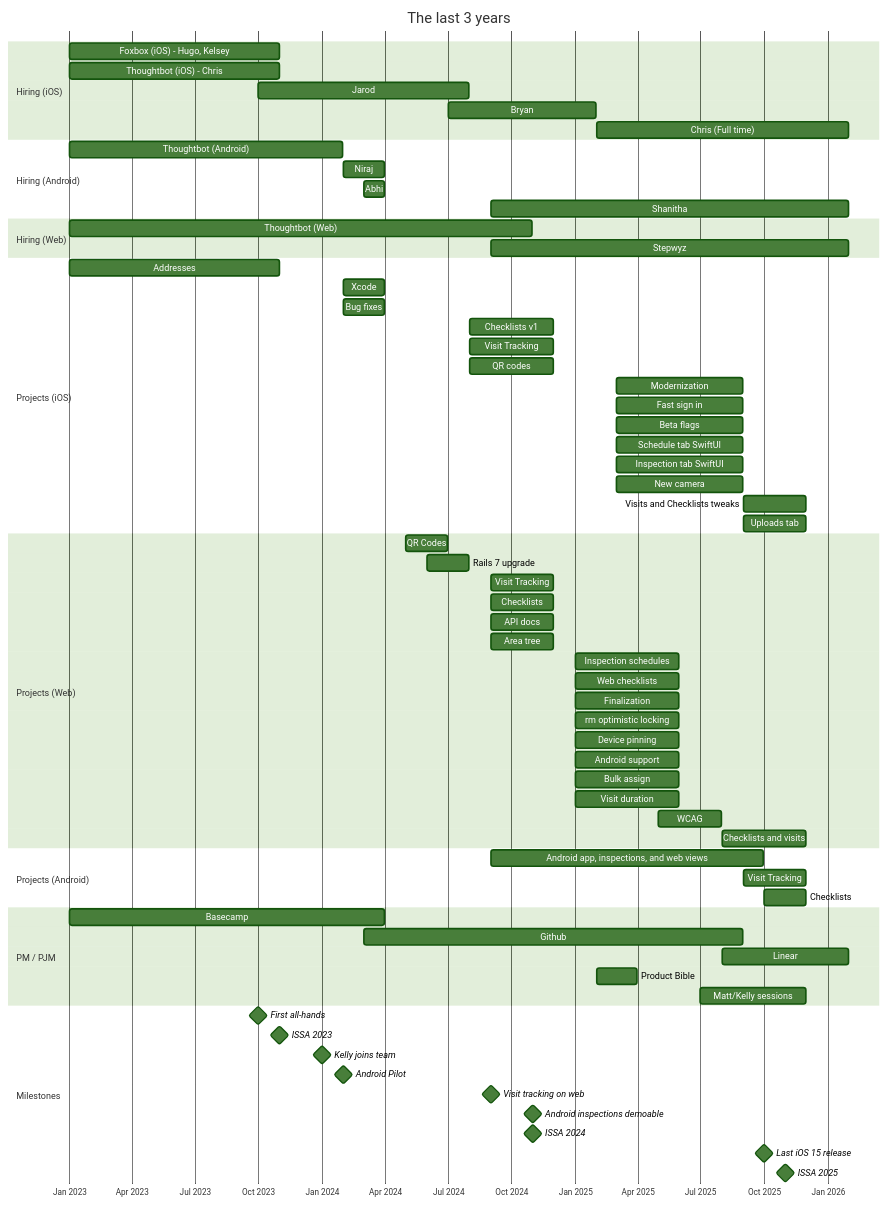
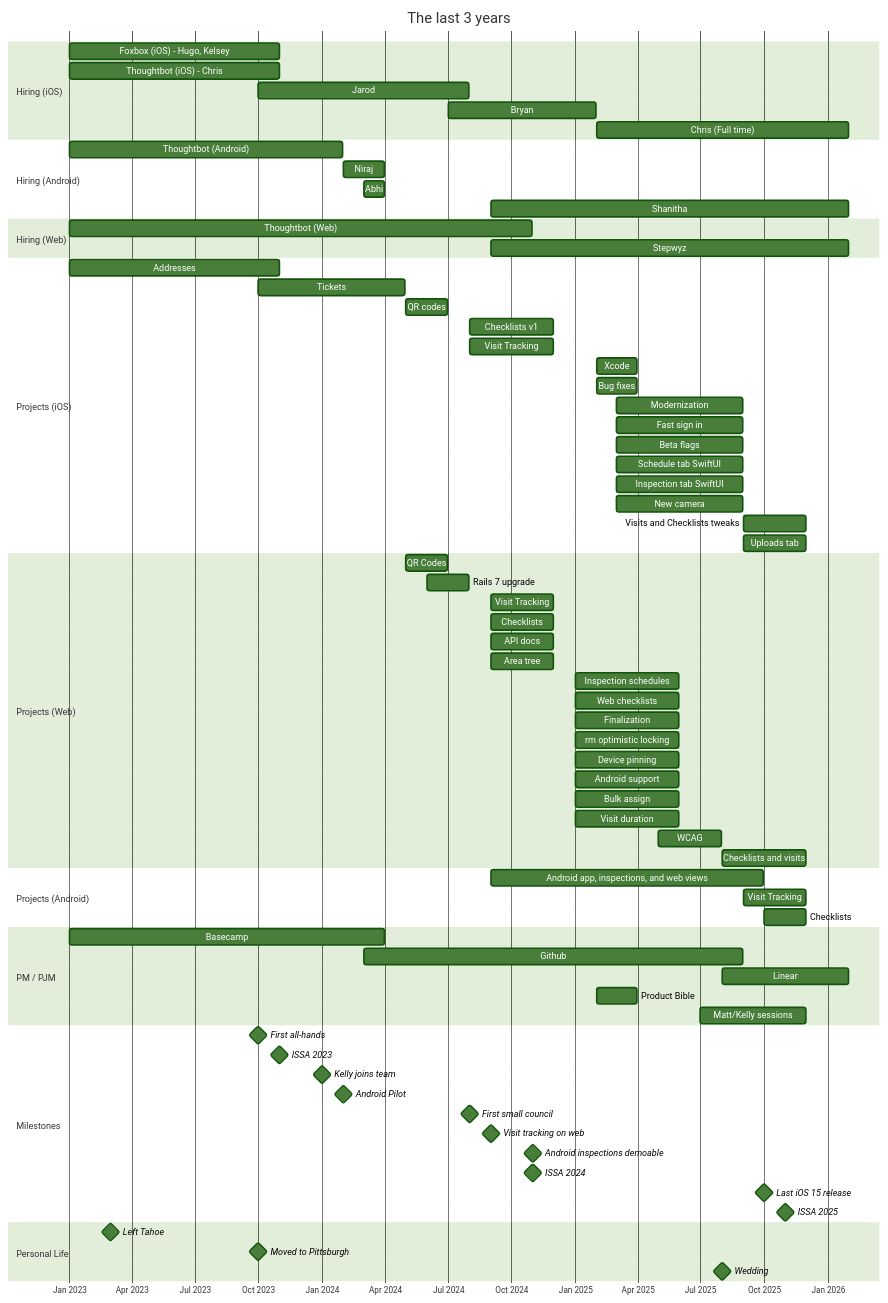
The diagram in gantt.mmd (dpaola2/career-chart-oqc), drawn with Mermaid (forest theme) before and after one commit.

```diff
--- a/gantt.mmd
+++ b/gantt.mmd
@@ -1,82 +1,89 @@
 %%{init: {'gantt': {'tickInterval': '1year'}} }%%
 gantt
     dateFormat YYYY-MM-DD
     title The last 3 years
     axisFormat %b %Y
 
     section Hiring (iOS)
     Foxbox (iOS) - Hugo, Kelsey : foxbox_ios, 2023-01-01, 2023-10-31
     Thoughtbot (iOS) - Chris : chris1, 2023-01-01, 2023-10-31
     Jarod             : jarod, 2023-10-01, 2024-07-31
     Bryan             : bryan, 2024-07-01, 2025-01-31
     Chris (Full time) : chris2, 2025-02-01, 2026-01-31
 
     section Hiring (Android)
     Thoughtbot (Android) : thoughtbot_android, 2023-01-01, 2024-01-31
     Niraj             : niraj, 2024-02-01, 2024-03-31
     Abhi              : abhi, 2024-03-01, 2024-03-31
     Shanitha          : shanitha, 2024-09-01, 2026-01-31
 
     section Hiring (Web)
     Thoughtbot (Web)  : thoughtbot_web, 2023-01-01, 2024-10-31
     Stepwyz           : stepwyz, 2024-09-01, 2026-01-31
 
     section Hiring (Other)
     %% (empty for now)
 
     section Projects (iOS)
     Addresses                 : addresses, 2023-01-01, 2023-10-31
-    Xcode                     : xcode, 2024-02-01, 2024-03-31
-    Bug fixes                 : bug_fixes, 2024-02-01, 2024-03-31
+    Tickets                   : tickets, 2023-10-01, 2024-04-30
+    QR codes                  : qr_codes, 2024-05-01, 2024-06-30
     Checklists v1             : checklists_v1, 2024-08-01, 2024-11-30
     Visit Tracking            : visit_tracking, 2024-08-01, 2024-11-30
-    QR codes                  : qr_codes, 2024-08-01, 2024-11-30
+    Xcode                     : xcode, 2025-02-01, 2025-03-31
+    Bug fixes                 : bug_fixes, 2025-02-01, 2025-03-31
     Modernization             : modernization, 2025-03-01, 2025-08-31
     Fast sign in              : fast_sign_in, 2025-03-01, 2025-08-31
     Beta flags                : beta_flags, 2025-03-01, 2025-08-31
     Schedule tab SwiftUI      : schedule_tab_swiftui, 2025-03-01, 2025-08-31
     Inspection tab SwiftUI    : inspection_tab_swiftui, 2025-03-01, 2025-08-31
     New camera                : new_camera, 2025-03-01, 2025-08-31
     Visits and Checklists tweaks : visits_checklists_tweaks, 2025-09-01, 2025-11-30
     Uploads tab               : uploads_tab, 2025-09-01, 2025-11-30
 
     section Projects (Web)
     QR Codes                  : web_qr_codes, 2024-05-01, 2024-06-30
     Rails 7 upgrade           : rails7_upgrade, 2024-06-01, 2024-07-31
     Visit Tracking            : web_visit_tracking, 2024-09-01, 2024-11-30
     Checklists                : web_checklists, 2024-09-01, 2024-11-30
     API docs                  : api_docs, 2024-09-01, 2024-11-30
     Area tree                 : area_tree, 2024-09-01, 2024-11-30
     Inspection schedules      : web_inspection_schedules, 2025-01-01, 2025-05-31
     Web checklists            : web_web_checklists, 2025-01-01, 2025-05-31
     Finalization              : web_finalization, 2025-01-01, 2025-05-31
     rm optimistic locking     : web_rm_optimistic_locking, 2025-01-01, 2025-05-31
     Device pinning            : web_device_pinning, 2025-01-01, 2025-05-31
     Android support           : web_android_support, 2025-01-01, 2025-05-31
     Bulk assign               : web_bulk_assign, 2025-01-01, 2025-05-31
     Visit duration            : web_visit_duration, 2025-01-01, 2025-05-31
     WCAG                      : web_wcag, 2025-05-01, 2025-07-31
     Checklists and visits     : web_checklists_visits, 2025-08-01, 2025-11-30
 
     section Projects (Android)
     Android app, inspections, and web views : android_app_inspections_webviews, 2024-09-01, 2025-09-30
     Visit Tracking            : android_visit_tracking, 2025-09-01, 2025-11-30
     Checklists                : android_checklists, 2025-10-01, 2025-11-30
 
     section PM / PJM
     Basecamp          : basecamp, 2023-01-01, 2024-03-31
     Github            : github, 2024-03-01, 2025-08-31
     Linear            : linear, 2025-08-01, 2026-01-31
     Product Bible     : product_bible, 2025-02-01, 2025-03-31
     Matt/Kelly sessions : matt_kelly_sessions, 2025-07-01, 2025-11-30
 
     section Milestones
     First all-hands   : milestone, first_all_hands, 2023-10-01, 0d
     ISSA 2023         : milestone, issa2023, 2023-11-01, 0d
     Kelly joins team  : milestone, kelly_joins, 2024-01-01, 0d
     Android Pilot     : milestone, android_pilot, 2024-02-01, 0d
+    First small council : milestone, first_small_council, 2024-08-01, 0d
     Visit tracking on web : milestone, visit_tracking_web, 2024-09-01, 0d
     Android inspections demoable : milestone, android_inspections_demoable, 2024-11-01, 0d
     ISSA 2024         : milestone, issa2024, 2024-11-01, 0d
     Last iOS 15 release : milestone, ios15_last, 2025-10-01, 0d
     ISSA 2025         : milestone, issa2025, 2025-11-01, 0d
+
+    section Personal Life
+    Left Tahoe        : milestone, left_tahoe, 2023-03-01, 0d
+    Moved to Pittsburgh : milestone, moved_pittsburgh, 2023-10-01, 0d
+    Wedding           : milestone, wedding, 2025-08-01, 0d
```
